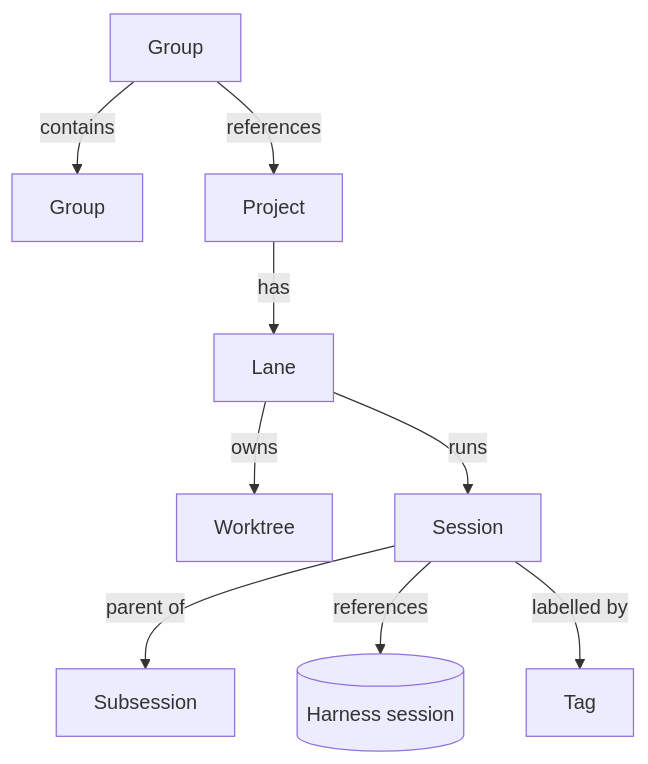
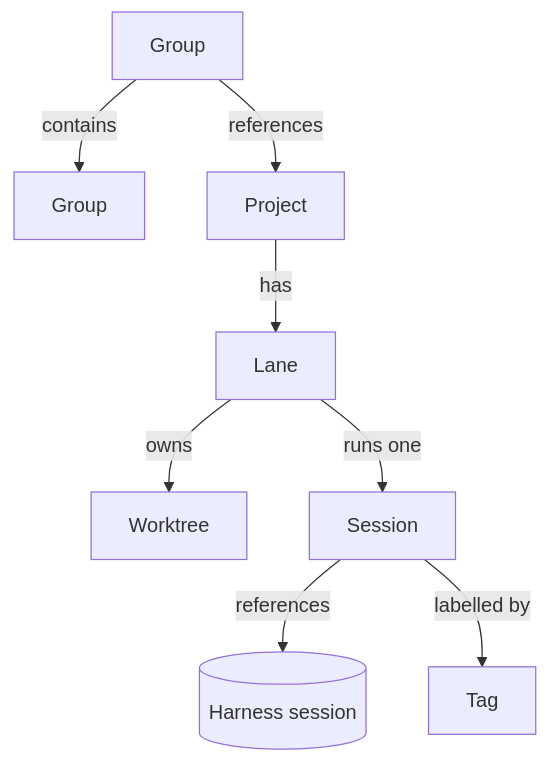
Before and after one commit to fbrg141/panoptes: the diagram in docs/domain-model.md, drawn with Mermaid. The commit also changed other lines of this file and 28 other files, not shown here.

Commit message:
Use one session per lane (#235)

````diff
--- a/docs/domain-model.md
+++ b/docs/domain-model.md
@@ -30,11 +31,10 @@
 ```mermaid
 graph TD
   G[Group] -->|contains| G2[Group]
   G -->|references| P[Project]
   P -->|has| L[Lane]
   L -->|owns| W[Worktree]
-  L -->|runs| S[Session]
-  S -->|parent of| S2[Subsession]
+  L -->|runs one| S[Session]
   S -->|references| H[(Harness session)]
   S -->|labelled by| T[Tag]
 ```
````
